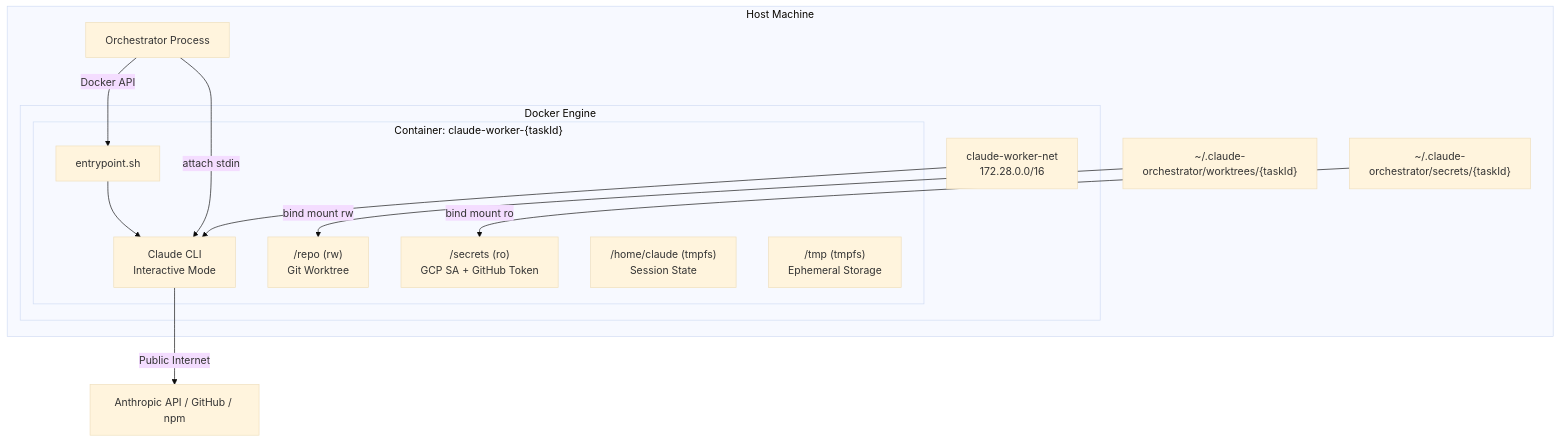
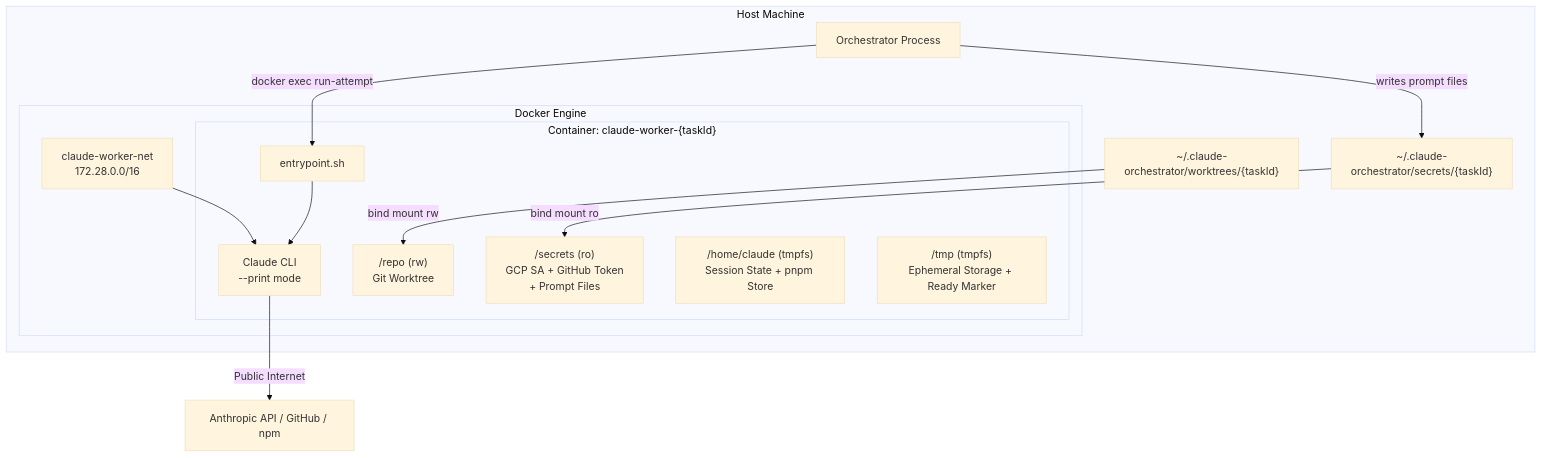
One commit to pbuchman/intexuraos changed the diagram in docs/services/claude-worker/technical.md. Above: the diagram before and after it, drawn with Mermaid (base theme). The commit also changed other lines of this file and 147 other files, not shown here.

````diff
--- a/docs/services/claude-worker/technical.md
+++ b/docs/services/claude-worker/technical.md
@@ -9,31 +9,31 @@
 ```mermaid
 graph TB
     subgraph "Host Machine"
         Orchestrator[Orchestrator Process]
 
         subgraph "Docker Engine"
             Network[claude-worker-net<br/>172.28.0.0/16]
 
             subgraph "Container: claude-worker-{taskId}"
                 Entrypoint[entrypoint.sh]
-                Claude[Claude CLI<br/>Interactive Mode]
+                Claude[Claude CLI<br/>--print mode]
                 Repo["/repo (rw)<br/>Git Worktree"]
-                Secrets["/secrets (ro)<br/>GCP SA + GitHub Token"]
-                Home["/home/claude (tmpfs)<br/>Session State"]
-                Tmp["/tmp (tmpfs)<br/>Ephemeral Storage"]
+                Secrets["/secrets (ro)<br/>GCP SA + GitHub Token<br/>+ Prompt Files"]
+                Home["/home/claude (tmpfs)<br/>Session State + pnpm Store"]
+                Tmp["/tmp (tmpfs)<br/>Ephemeral Storage + Ready Marker"]
             end
         end
 
         Worktrees["~/.claude-orchestrator/worktrees/{taskId}"]
         SecretsDir["~/.claude-orchestrator/secrets/{taskId}"]
     end
 
-    Orchestrator -->|Docker API| Entrypoint
-    Orchestrator -->|"attach stdin"| Claude
+    Orchestrator -->|"docker exec run-attempt"| Entrypoint
+    Orchestrator -->|writes prompt files| SecretsDir
     Worktrees -->|"bind mount rw"| Repo
     SecretsDir -->|"bind mount ro"| Secrets
     Network --> Claude
     Entrypoint --> Claude
 
     Claude -->|"Public Internet"| APIs[Anthropic API / GitHub / npm]
 ```
````
